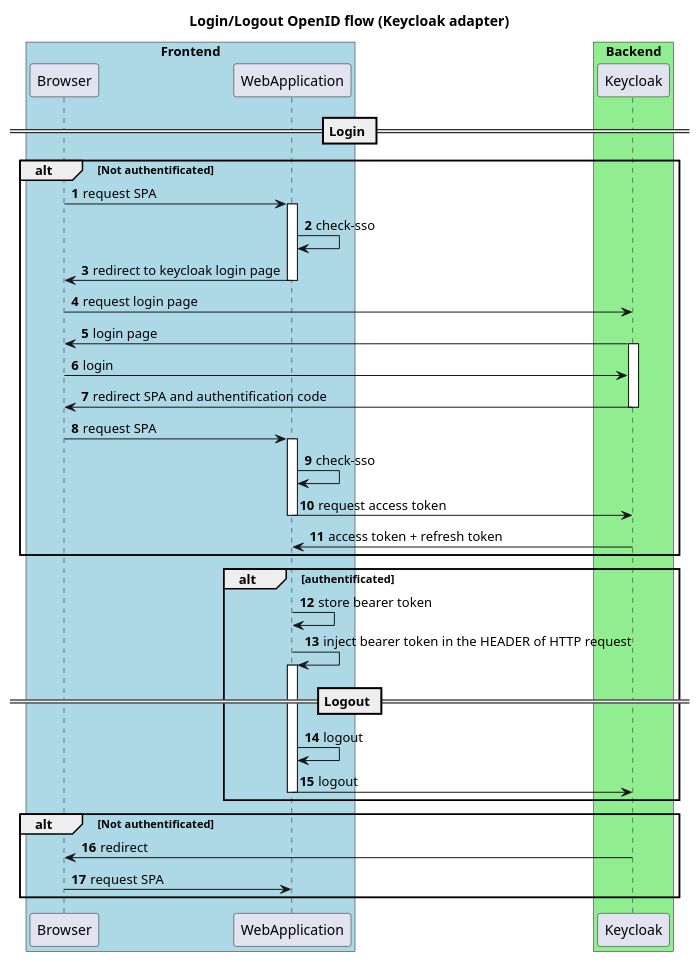
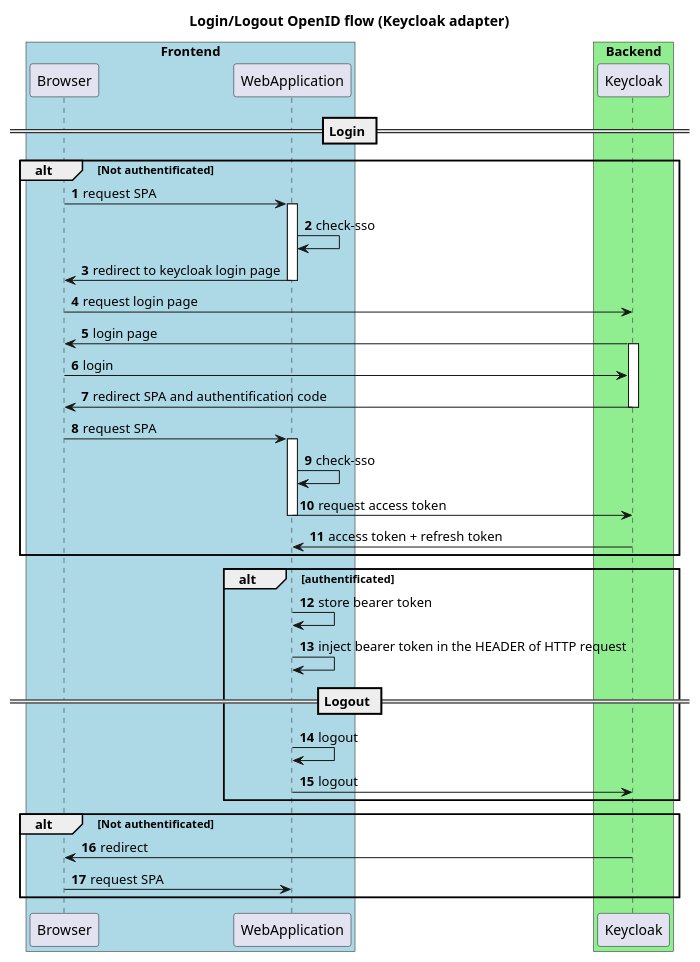
One commit to theotheo46/gb changed the diagram in keyclock.puml. Above: the diagram before and after it, drawn with PlantUML.

```diff
--- a/keyclock.puml
+++ b/keyclock.puml
@@ -1,47 +1,46 @@
 @startuml
 autonumber
 title Login/Logout OpenID flow (Keycloak adapter)
 
 box "Frontend" #LightBlue
 	participant Browser
 	participant WebApplication
 end box
 box "Backend" #LightGreen
 	participant Keycloak
 end box
 == Login ==
 alt Not authentificated
     Browser -> WebApplication : request SPA
     activate WebApplication
     WebApplication -> WebApplication : check-sso 
     WebApplication -> Browser : redirect to keycloak login page
     deactivate WebApplication
 
     Browser -> Keycloak : request login page 
     Keycloak -> Browser  : login page
     activate Keycloak
     Browser -> Keycloak : login
     Keycloak -> Browser: redirect SPA and authentification code
     deactivate Keycloak
     Browser -> WebApplication : request SPA
     activate WebApplication
     WebApplication -> WebApplication : check-sso 
     WebApplication -> Keycloak : request access token
     deactivate WebApplication
     Keycloak -> WebApplication: access token + refresh token
 end
 alt authentificated
     activate WebApplication
     WebApplication -> WebApplication : store bearer token
     WebApplication -> WebApplication : inject bearer token in the HEADER of HTTP request
     == Logout ==
-    activate WebApplication  
     WebApplication -> WebApplication : logout
     WebApplication -> Keycloak: logout
     deactivate WebApplication
 end
 alt Not authentificated
     Keycloak -> Browser : redirect
     Browser -> WebApplication : request SPA
 end
 @enduml
```
